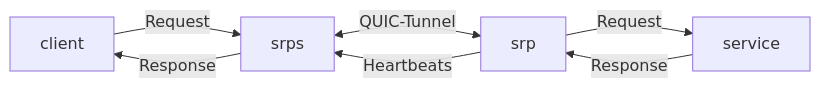
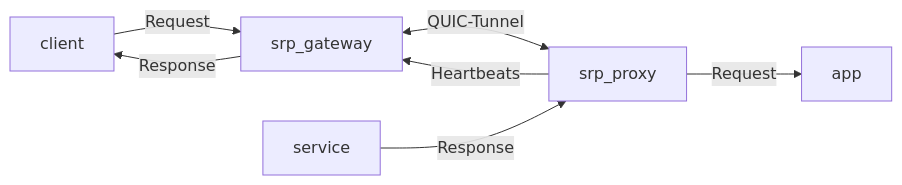
The diagram in docs/README.md (c0mput3r5c13nt15t/srp), drawn with Mermaid before and after one commit. The commit also changed other lines of this file and 22 other files, not shown here.

````diff
--- a/docs/README.md
+++ b/docs/README.md
@@ -19,10 +19,10 @@
 ```mermaid
 flowchart LR
-    client --Request--> srps
-    srps <--QUIC-Tunnel--> srp
-    srp --Request--> service
-    service --Response--> srp
-    srps --Response--> client
+    client --Request--> srp_gateway
+    srp_gateway <--QUIC-Tunnel--> srp_proxy
+    srp_proxy --Request--> app
+    service --Response--> srp_proxy
+    srp_gateway --Response--> client
 
-    srp --Heartbeats--> srps
+    srp_proxy --Heartbeats--> srp_gateway
 ``` 
````
